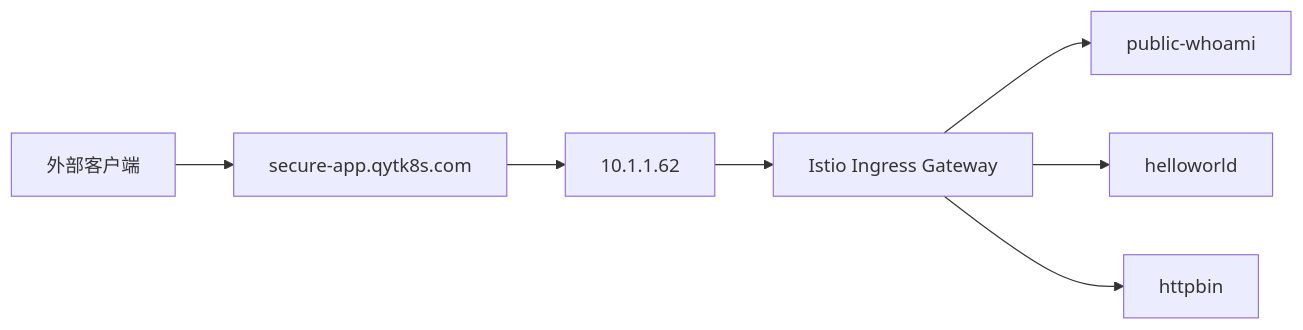
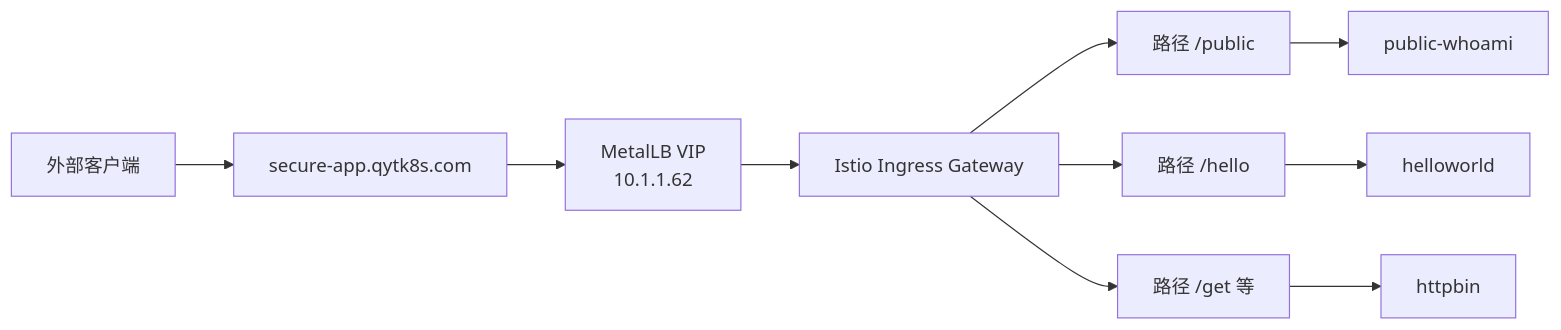
The first of 2 diagrams in k8s/05-security-and-zero-trust/docs/04_publish_istio_ingress.md (hwang-protocol/docker_k8s_2026), drawn with Mermaid before and after one commit. The commit also changed other lines of this file and 1 other file, not shown here.

````diff
--- a/k8s/05-security-and-zero-trust/docs/04_publish_istio_ingress.md
+++ b/k8s/05-security-and-zero-trust/docs/04_publish_istio_ingress.md
@@ -37,9 +37,14 @@
 ```mermaid
 flowchart LR
     user[外部客户端] --> dns[secure-app.qytk8s.com]
-    dns --> vip[10.1.1.62]
+    dns --> vip[MetalLB VIP<br/>10.1.1.62]
     vip --> ingress[Istio Ingress Gateway]
-    ingress --> publicSvc[public-whoami]
-    ingress --> helloSvc[helloworld]
-    ingress --> httpbinSvc[httpbin]
+
+    ingress --> publicPath[路径 /public]
+    ingress --> helloPath[路径 /hello]
+    ingress --> httpbinPath[路径 /get 等]
+
+    publicPath --> publicSvc[public-whoami]
+    helloPath --> helloSvc[helloworld]
+    httpbinPath --> httpbinSvc[httpbin]
 ```
````
